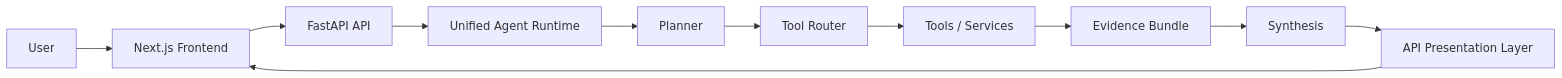
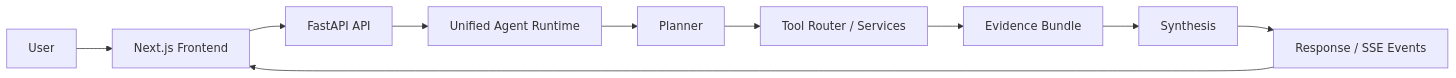
Before and after one commit to yuni-wyx/StockIntelligenceCopilot: the diagram in README.md, drawn with Mermaid. The commit also changed other lines of this file and 28 other files, not shown here.

````diff
--- a/README.md
+++ b/README.md
@@ -16,13 +33,12 @@
 ```mermaid
 flowchart LR
     U["User"] --> F["Next.js Frontend"]
     F --> A["FastAPI API"]
-    A --> AR["Unified Agent Runtime"]
-    AR --> P["Planner"]
-    P --> TR["Tool Router"]
-    TR --> T["Tools / Services"]
-    T --> EB["Evidence Bundle"]
-    EB --> S["Synthesis"]
-    S --> AP["API Presentation Layer"]
-    AP --> F
+    A --> R["Unified Agent Runtime"]
+    R --> P["Planner"]
+    P --> T["Tool Router / Services"]
+    T --> E["Evidence Bundle"]
+    E --> S["Synthesis"]
+    S --> O["Response / SSE Events"]
+    O --> F
 ```
````
